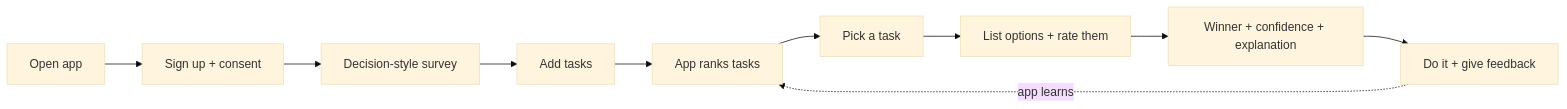
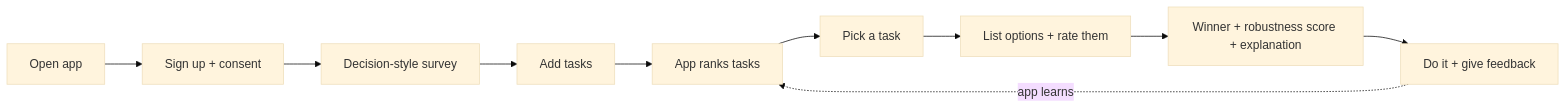
One commit to samaira0719/project-app changed the first of 5 diagrams in samaira.md. Above: the diagram before and after it, drawn with Mermaid (base theme). The commit also changed other lines of this file and 21 other files, not shown here.

````diff
--- a/samaira.md
+++ b/samaira.md
@@ -120,12 +128,12 @@
 ```mermaid
 flowchart LR
     A[Open app] --> B[Sign up + consent]
     B --> C[Decision-style survey]
     C --> D[Add tasks]
     D --> E[App ranks tasks]
     E --> F[Pick a task]
     F --> G[List options + rate them]
-    G --> H[Winner + confidence + explanation]
+    G --> H[Winner + robustness score + explanation]
     H --> I[Do it + give feedback]
     I -. app learns .-> E
 ```
````
